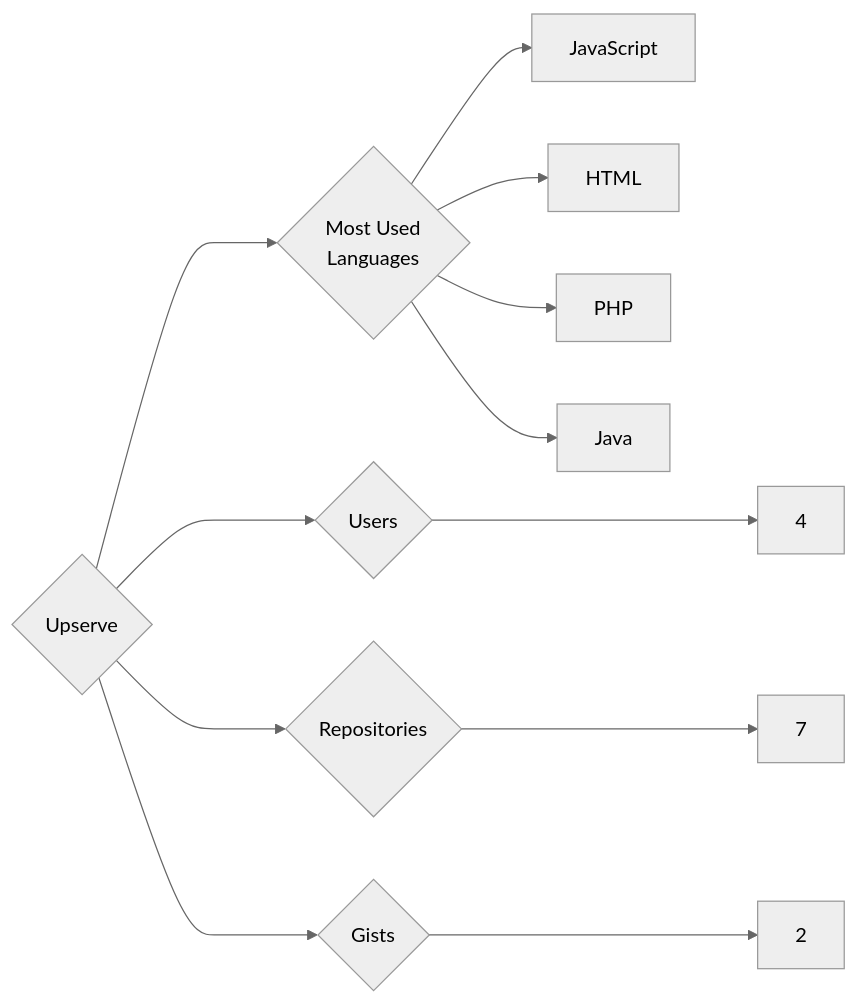
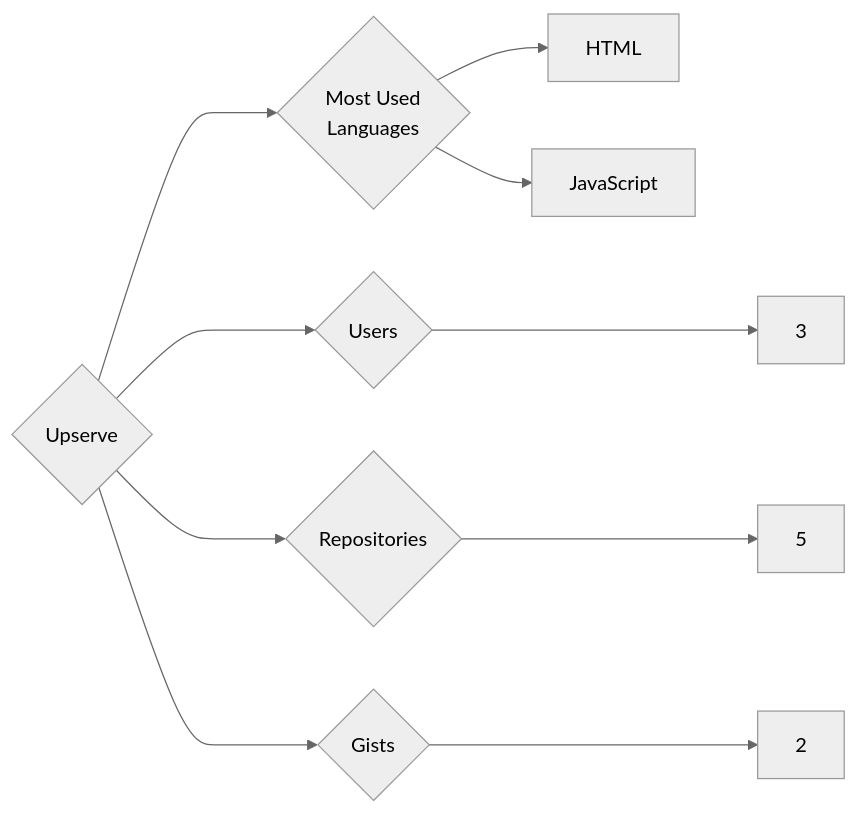
Before and after one commit to trickest/insiders: the diagram in targets/Upserve/README.md, drawn with Mermaid (neutral theme). The commit also changed 715 other files, not shown here.

````diff
--- a/targets/Upserve/README.md
+++ b/targets/Upserve/README.md
@@ -3,12 +3,10 @@
 ```mermaid
 graph LR
 COMPANY_NAME{Upserve}
-COMPANY_NAME ---> U{Users} ---> UN[4]
-COMPANY_NAME ---> R{Repositories} ---> RN[7]
+COMPANY_NAME ---> U{Users} ---> UN[3]
+COMPANY_NAME ---> R{Repositories} ---> RN[5]
 COMPANY_NAME ---> G{Gists} ---> GN[2]
 COMPANY_NAME ---> ML{Most Used<br>Languages}
+ML --> HTML[HTML]
 ML --> JavaScript[JavaScript]
-ML --> HTML[HTML]
-ML --> PHP[PHP]
-ML --> Java[Java]
 ```
````
